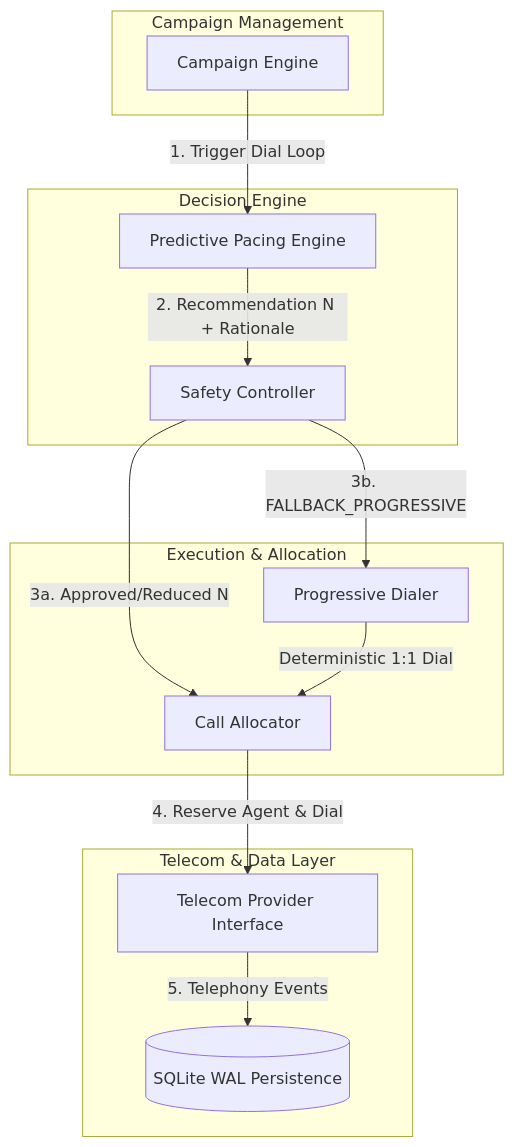
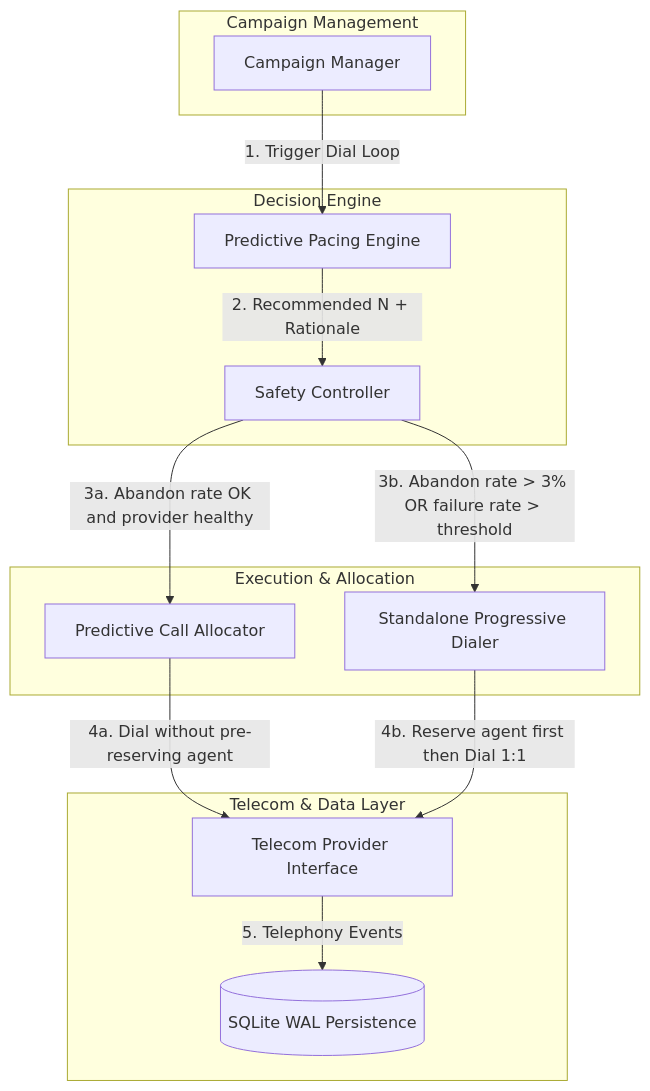
One commit to Gagan3287/smartdialer-predictive changed the first of 3 diagrams in ARCHITECTURE.md. Above: the diagram before and after it, drawn with Mermaid. The commit also changed other lines of this file and 1 other file, not shown here.

Commit message:
Update architecture diagrams and README to reflect predictive allocator redesign and new ABANDONED state

````diff
--- a/ARCHITECTURE.md
+++ b/ARCHITECTURE.md
@@ -7,29 +7,29 @@
 ```mermaid
 graph TD
     subgraph Campaign Management
-        CP[Campaign Engine]
+        CM[Campaign Manager]
     end
 
     subgraph Decision Engine
         PE[Predictive Pacing Engine]
         SC[Safety Controller]
     end
 
     subgraph Execution & Allocation
-        PD[Progressive Dialer]
-        CA[Call Allocator]
+        CA[Predictive Call Allocator]
+        PD[Standalone Progressive Dialer]
     end
 
     subgraph Telecom & Data Layer
         TPI[Telecom Provider Interface]
         DB[(SQLite WAL Persistence)]
     end
 
-    CP -->|1. Trigger Dial Loop| PE
-    PE -->|2. Recommendation N + Rationale| SC
-    SC -->|3a. Approved/Reduced N| CA
-    SC -->|3b. FALLBACK_PROGRESSIVE| PD
-    PD -->|Deterministic 1:1 Dial| CA
-    CA -->|4. Reserve Agent & Dial| TPI
+    CM -->|1. Trigger Dial Loop| PE
+    PE -->|2. Recommended N + Rationale| SC
+    SC -->|3a. Abandon rate OK and provider healthy| CA
+    SC -->|3b. Abandon rate > 3% OR failure rate > threshold| PD
+    CA -->|4a. Dial without pre-reserving agent| TPI
+    PD -->|4b. Reserve agent first then Dial 1:1| TPI
     TPI -->|5. Telephony Events| DB
 ```
````
